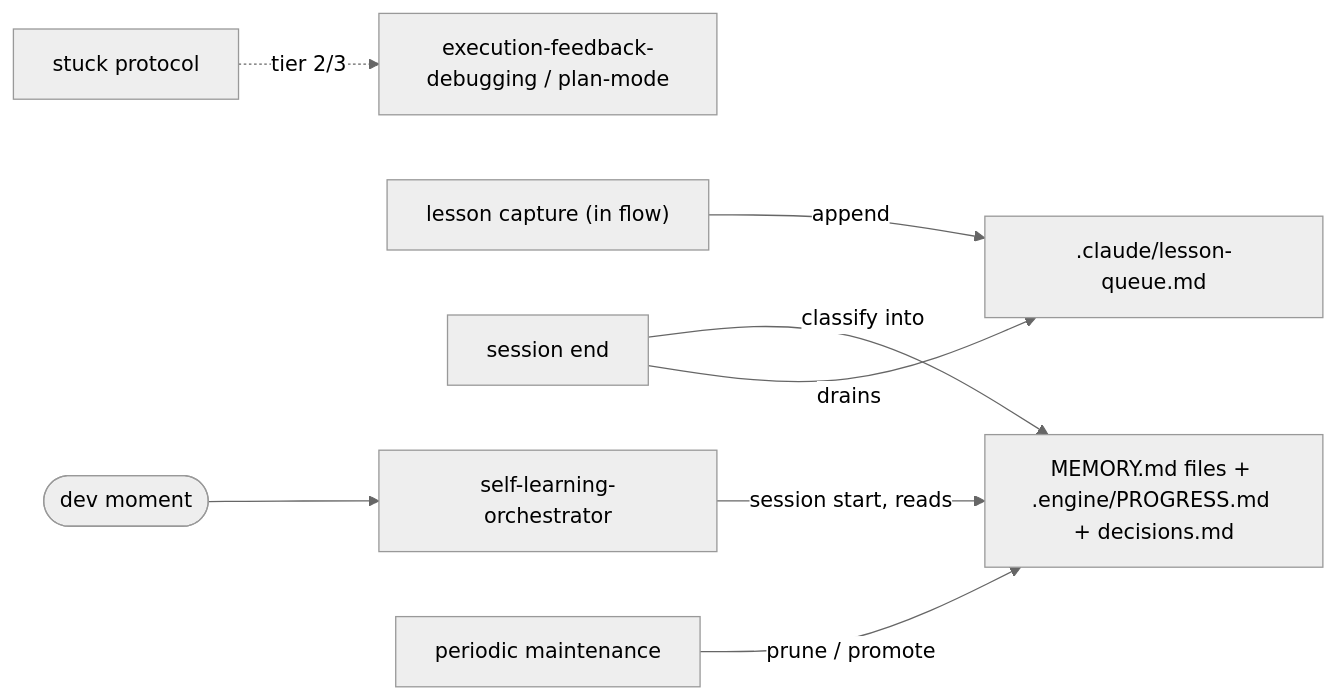
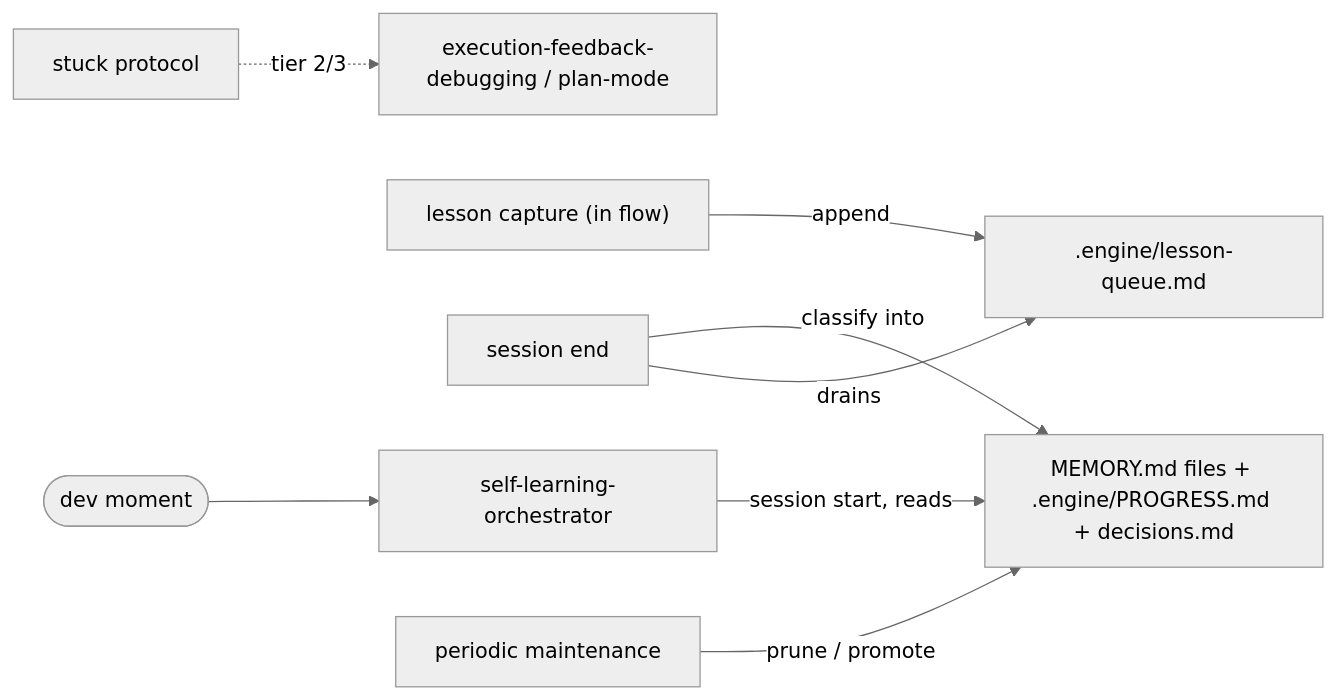
One commit to Tolkoton/claude-cli-config changed the second of 2 diagrams in .claude/README.md. Above: the diagram before and after it, drawn with Mermaid (neutral theme). The commit also changed other lines of this file and 23 other files, not shown here.

First line of the commit message:
lesson queue (B1-B4): collectors, review, promotion path, session digest, stuck counter; carried by the wired Stop, overseer and SessionStart hooks

````diff
--- a/.claude/README.md
+++ b/.claude/README.md
@@ -136,10 +136,10 @@
 ```mermaid
 flowchart LR
   moment([dev moment]) --> SLO[self-learning-orchestrator]
   SLO -->|session start, reads| MEM["MEMORY.md files + .engine/PROGRESS.md + decisions.md"]
-  LES["lesson capture (in flow)"] -->|append| LQ[".claude/lesson-queue.md"]
+  LES["lesson capture (in flow)"] -->|append| LQ[".engine/lesson-queue.md"]
   WRAP["session end"] -->|drains| LQ
   WRAP -->|classify into| MEM
   STK["stuck protocol"] -.->|tier 2/3| dbg[execution-feedback-debugging / plan-mode]
   MM["periodic maintenance"] -->|prune / promote| MEM
 ```
````
